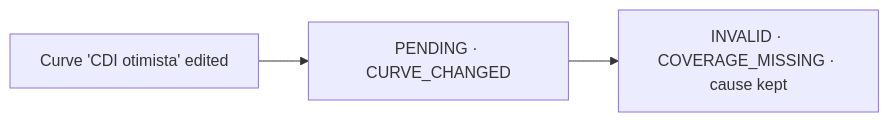
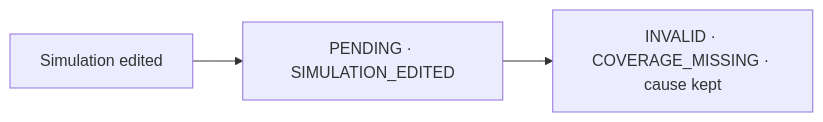
One commit to Diogo-NB/investflow changed the fourth of 9 diagrams in docs/architecture/event-flow.md. Above: the diagram before and after it, drawn with Mermaid. The commit also changed other lines of this file and 6 other files, not shown here.

````diff
--- a/docs/architecture/event-flow.md
+++ b/docs/architecture/event-flow.md
@@ -151,5 +156,5 @@
 ```mermaid
 flowchart LR
-  E["Curve 'CDI otimista' edited"] --> P["PENDING · CURVE_CHANGED"]
+  E["Simulation edited"] --> P["PENDING · SIMULATION_EDITED"]
   P --> I["INVALID · COVERAGE_MISSING · cause kept"]
 ```
````
